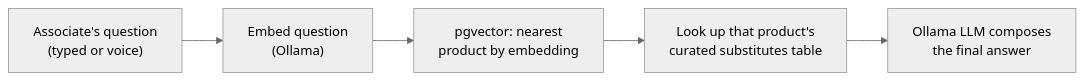
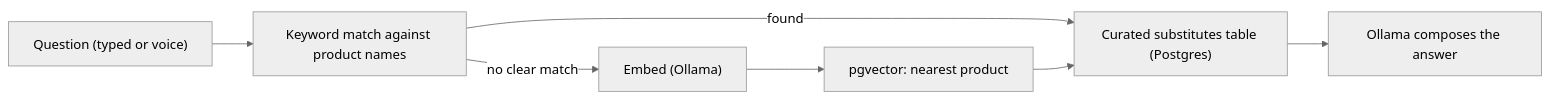
One commit to chrizmc/store-use-case changed the second of 2 diagrams in README.md. Above: the diagram before and after it, drawn with Mermaid (neutral theme). The commit also changed other lines of this file and 58 other files, not shown here.

````diff
--- a/README.md
+++ b/README.md
@@ -61,7 +90,9 @@
 ```mermaid
 flowchart LR
-    Q["Associate's question\n(typed or voice)"] --> Embed["Embed question\n(Ollama)"]
-    Embed --> Match["pgvector: nearest\nproduct by embedding"]
-    Match --> Sub["Look up that product's\ncurated substitutes table"]
-    Sub --> LLM["Ollama LLM composes\nthe final answer"]
+    Q["Question (typed or voice)"] --> Key["Keyword match against product names"]
+    Key -->|found| Sub["Curated substitutes table (Postgres)"]
+    Key -->|no clear match| Embed["Embed (Ollama)"]
+    Embed --> Match["pgvector: nearest product"]
+    Match --> Sub
+    Sub --> LLM["Ollama composes the answer"]
 ```
````
